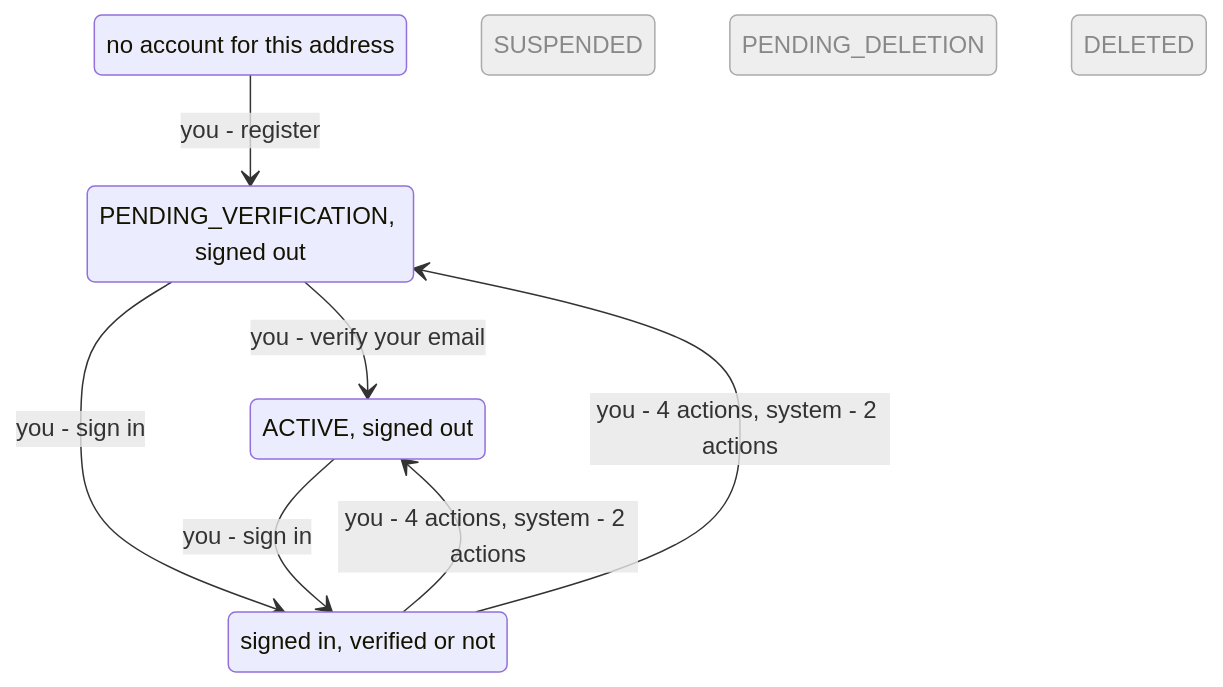
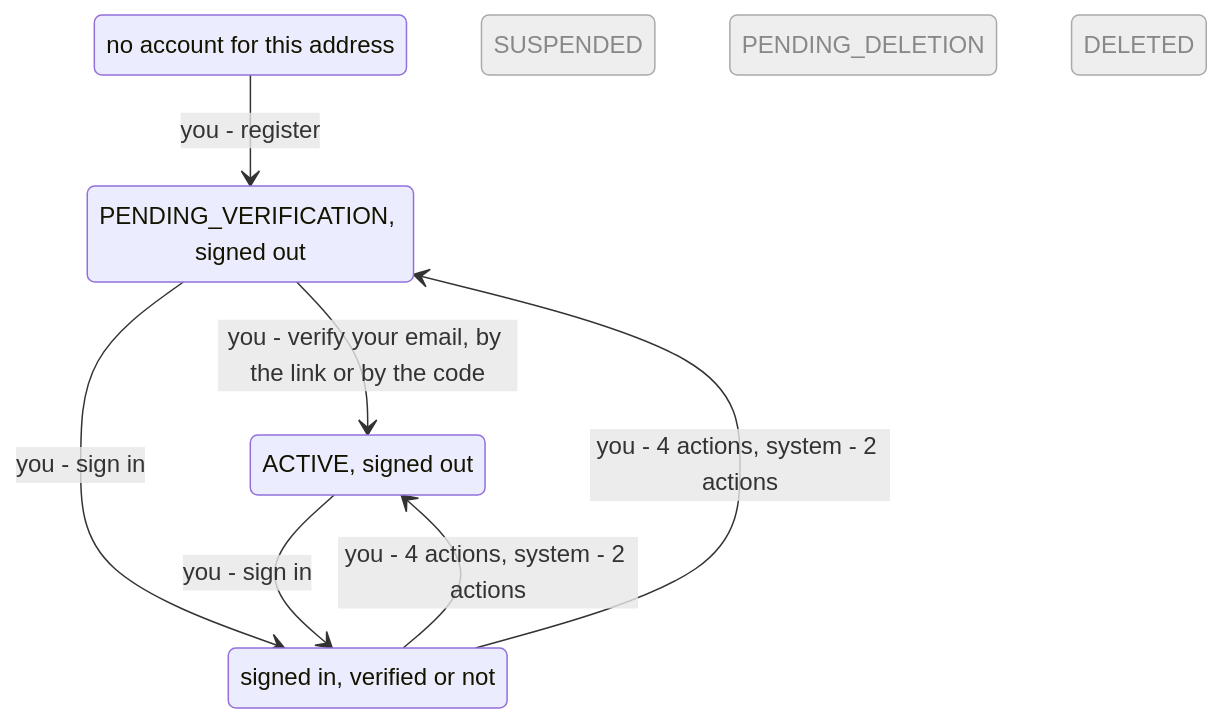
The first of 3 diagrams in docs/state-map/account.md (Ayodeji97/moyi-backend), drawn with Mermaid before and after one commit. The commit also changed other lines of this file and 39 other files, not shown here.

First line of the commit message:
feat(identity): verify email and reset password by a six-digit code

````diff
--- a/docs/state-map/account.md
+++ b/docs/state-map/account.md
@@ -13,20 +13,20 @@
 ```mermaid
 stateDiagram-v2
     state "no account for this address" as account__ANONYMOUS
     state "PENDING_VERIFICATION, signed out" as account__PENDING_VERIFICATION
     state "ACTIVE, signed out" as account__ACTIVE_SIGNED_OUT
     state "signed in, verified or not" as account__SIGNED_IN
     state "SUSPENDED" as account__SUSPENDED
     state "PENDING_DELETION" as account__PENDING_DELETION
     state "DELETED" as account__DELETED
     account__ANONYMOUS --> account__PENDING_VERIFICATION: you - register
-    account__PENDING_VERIFICATION --> account__ACTIVE_SIGNED_OUT: you - verify your email
+    account__PENDING_VERIFICATION --> account__ACTIVE_SIGNED_OUT: you - verify your email, by the link or by the code
     account__PENDING_VERIFICATION --> account__SIGNED_IN: you - sign in
     account__ACTIVE_SIGNED_OUT --> account__SIGNED_IN: you - sign in
     account__SIGNED_IN --> account__ACTIVE_SIGNED_OUT: you - 4 actions, system - 2 actions
     account__SIGNED_IN --> account__PENDING_VERIFICATION: you - 4 actions, system - 2 actions
     classDef unbuilt fill:#eeeeee,stroke:#aaaaaa,color:#888888
     class account__SUSPENDED unbuilt
     class account__PENDING_DELETION unbuilt
     class account__DELETED unbuilt
 ```
````
